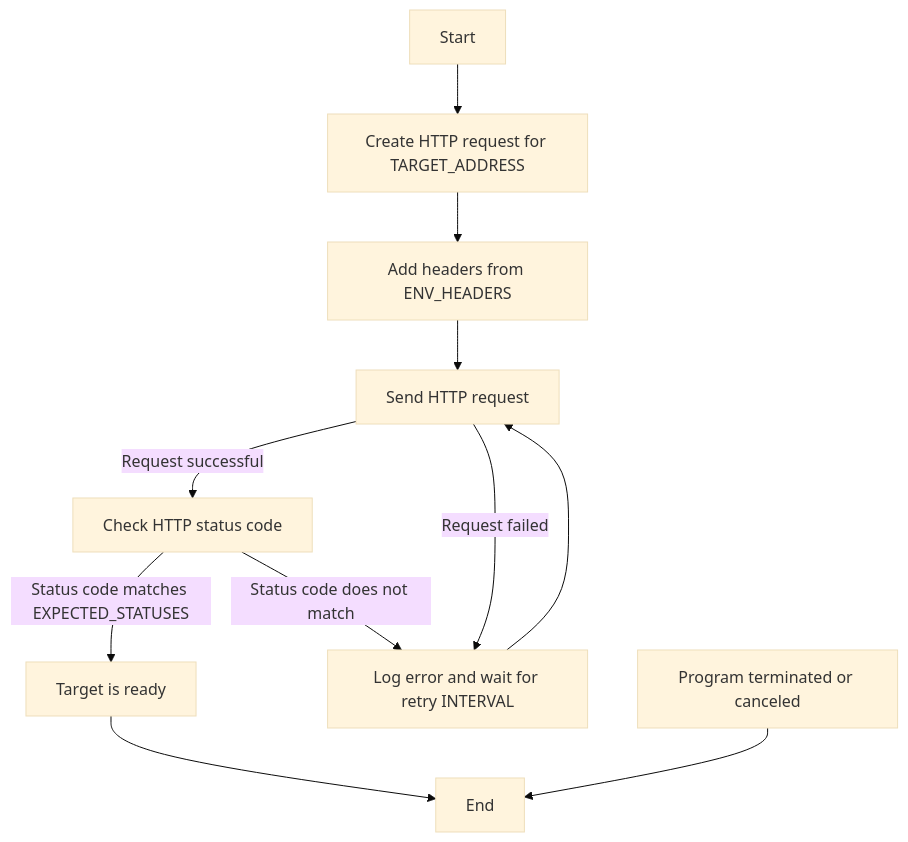
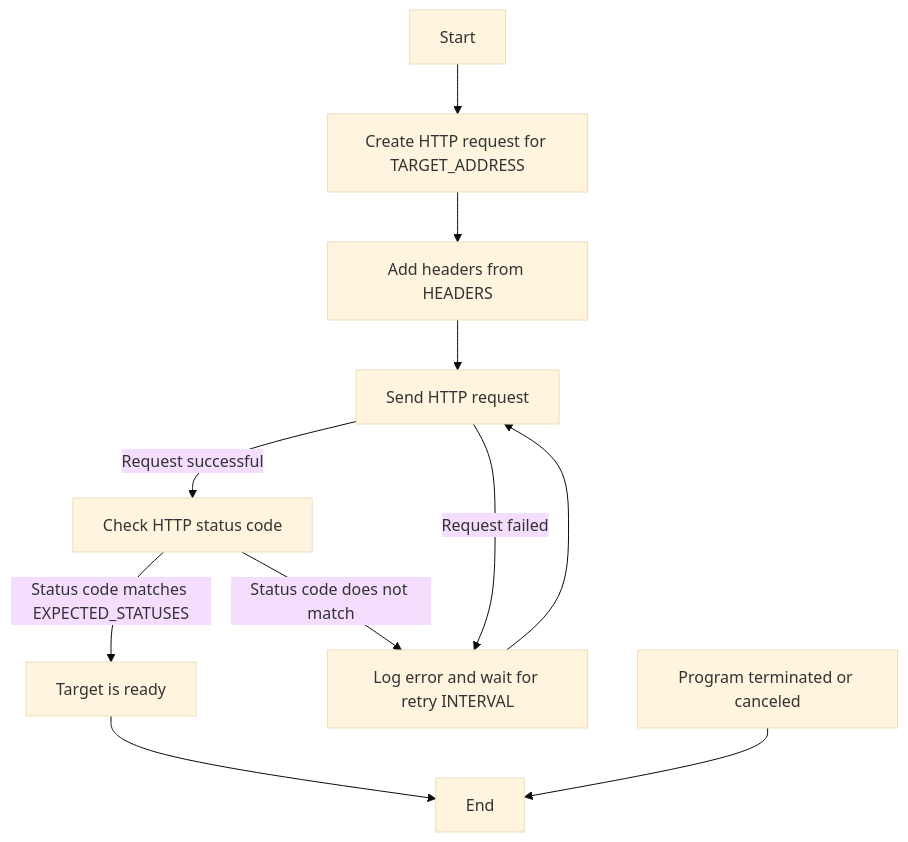
The first of 2 diagrams in README.md (containeroo/portpatrol), drawn with Mermaid (base theme) before and after one commit.

````diff
--- a/README.md
+++ b/README.md
@@ -61,13 +61,13 @@
 ```mermaid
 graph TD;
     A[Start] --> B[Create HTTP request for TARGET_ADDRESS];
-    B --> C[Add headers from ENV_HEADERS];
+    B --> C[Add headers from HEADERS];
     C --> D[Send HTTP request];
     D -->|Request successful| E[Check HTTP status code];
     D -->|Request failed| F[Log error and wait for retry INTERVAL];
     F --> D;
     E -->|Status code matches EXPECTED_STATUSES| G[Target is ready];
     E -->|Status code does not match| F;
     G --> H[End];
     I[Program terminated or canceled] --> H;
 ```
````
